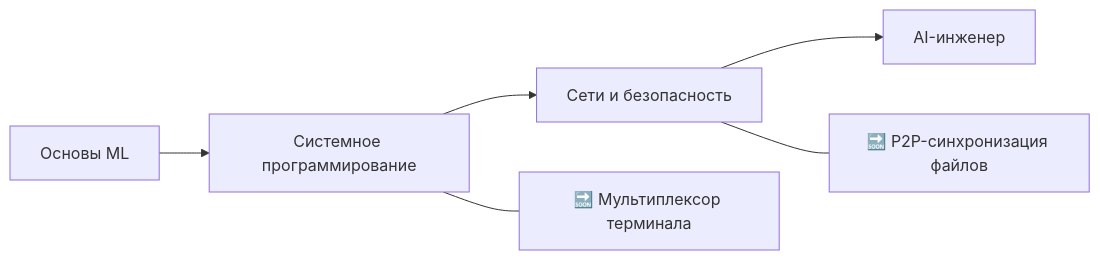
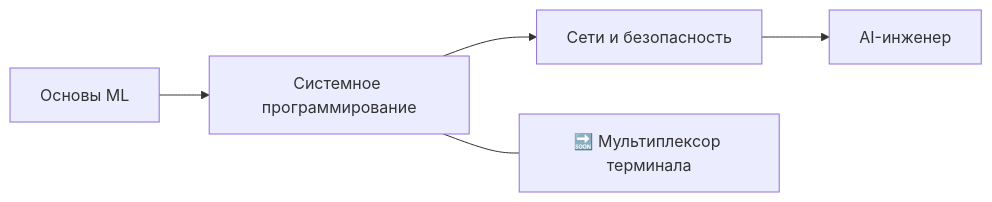
Before and after one commit to zuroking/zuroking: the diagram in README_ru.md, drawn with Mermaid. The commit also changed other lines of this file, not shown here.

````diff
--- a/README_ru.md
+++ b/README_ru.md
@@ -101,9 +102,8 @@
 ```mermaid
 flowchart LR
     A[Основы ML] --> B[Системное программирование]
     B --> C[Сети и безопасность]
     C --> D[AI-инженер]
 
     B --- B1[🔜 Мультиплексор терминала]
-    C --- C2[🔜 P2P-синхронизация файлов]
 ```
````
